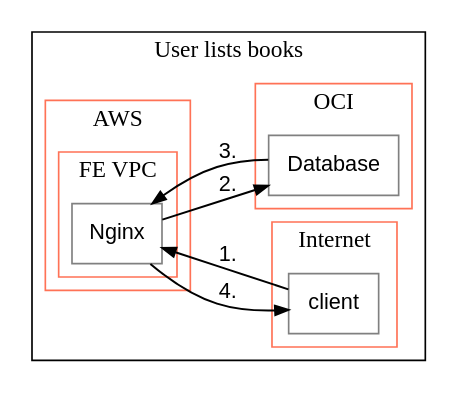
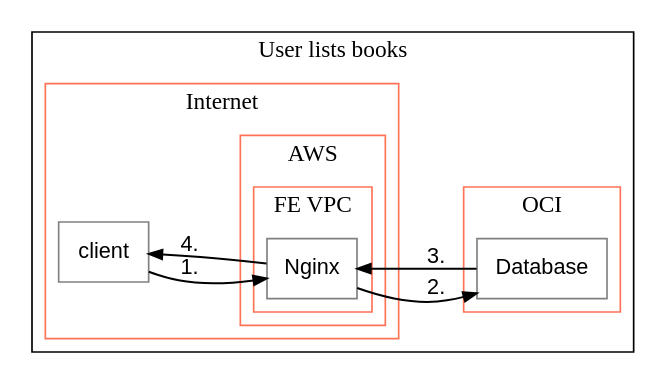
The diagram in examples/output/User lists books.dot (hyakuhei/ltm), drawn with Graphviz before and after one commit. The commit also changed 12 other files, not shown here.

Commit message:
Adding support for descriptions in ltm and for rendering tables of these descriptions in the arch diagrams generated by jtg

```diff
--- a/examples/output/User lists books.dot
+++ b/examples/output/User lists books.dot
@@ -1,31 +1,31 @@
 digraph G {
 compound=true;
 rankdir="LR"
     subgraph cluster1 {
     label="User lists books";
     color="Black";
         subgraph cluster2 {
-        label="AWS";
-        color="Coral1";
-            subgraph cluster3 {
-            label="FE VPC";
-            color="Coral1";
-                node4 [label="Nginx" shape="box", margin="0.1", color="Grey", fontsize="13", fontname="Helvetica"];
-            }
-        }
-        subgraph cluster5 {
         label="Internet";
         color="Coral1";
             node6 [label="client" shape="box", margin="0.1", color="Grey", fontsize="13", fontname="Helvetica"];
+            subgraph cluster3 {
+            label="AWS";
+            color="Coral1";
+                subgraph cluster4 {
+                label="FE VPC";
+                color="Coral1";
+                    node5 [label="Nginx" shape="box", margin="0.1", color="Grey", fontsize="13", fontname="Helvetica"];
+                }
+            }
         }
         subgraph cluster7 {
         label="OCI";
         color="Coral1";
             node8 [label="Database" shape="box", margin="0.1", color="Grey", fontsize="13", fontname="Helvetica"];
         }
     }
-node6->node4 [label="1." fontsize="13", penwidth="1.2", arrowsize="0.8", fontname="Helvetica"];
-node4->node8 [label="2." fontsize="13", penwidth="1.2", arrowsize="0.8", fontname="Helvetica"];
-node8->node4 [label="3." fontsize="13", penwidth="1.2", arrowsize="0.8", fontname="Helvetica"];
-node4->node6 [label="4." fontsize="13", penwidth="1.2", arrowsize="0.8", fontname="Helvetica"];
+node6->node5 [label="1." fontsize="13", penwidth="1.2", arrowsize="0.8", fontname="Helvetica"];
+node5->node8 [label="2." fontsize="13", penwidth="1.2", arrowsize="0.8", fontname="Helvetica"];
+node8->node5 [label="3." fontsize="13", penwidth="1.2", arrowsize="0.8", fontname="Helvetica"];
+node5->node6 [label="4." fontsize="13", penwidth="1.2", arrowsize="0.8", fontname="Helvetica"];
 }
```
